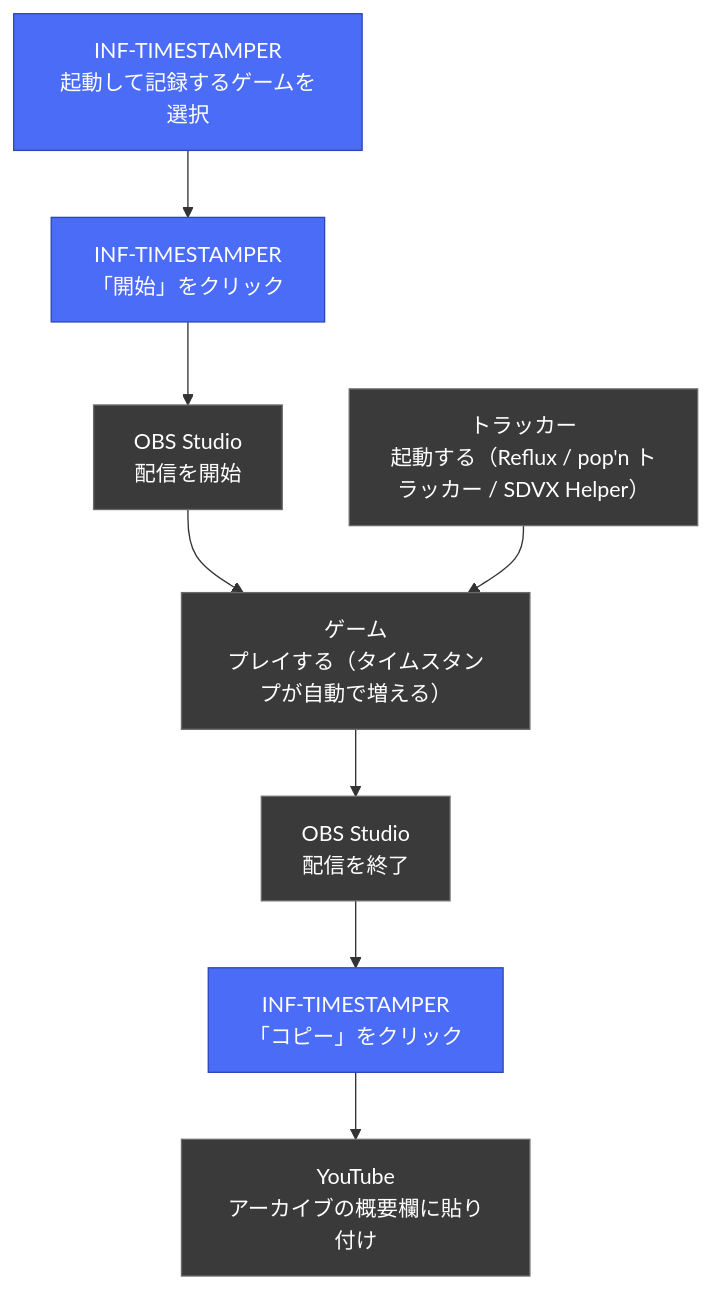
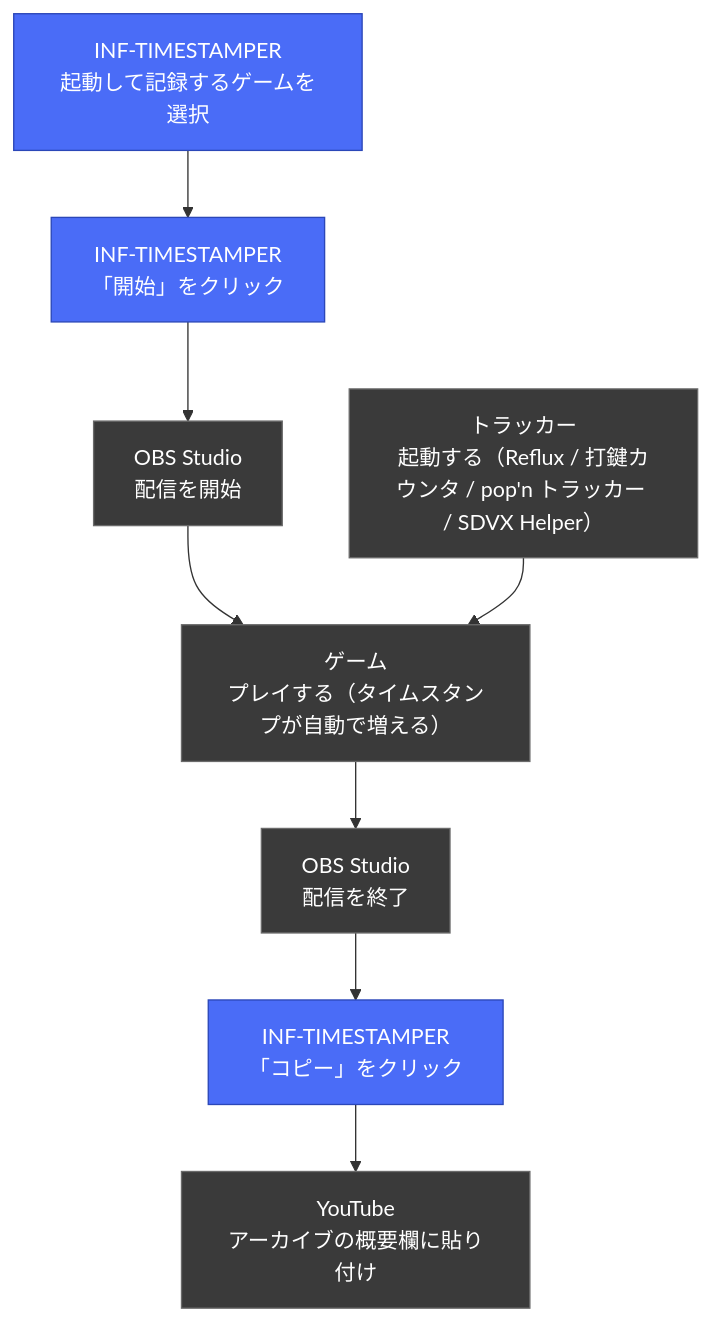
Before and after one commit to Freedom645/inf-timestamper: the diagram in README.md, drawn with Mermaid. The commit also changed other lines of this file and 30 other files, not shown here.

````diff
--- a/README.md
+++ b/README.md
@@ -93,24 +102,24 @@
 ```mermaid
 flowchart TD
-    TRK["トラッカー<br/>起動する（Reflux / pop'n トラッカー / SDVX Helper）"]
+    TRK["トラッカー<br/>起動する（Reflux / 打鍵カウンタ / pop'n トラッカー / SDVX Helper）"]
     APP1["INF-TIMESTAMPER<br/>起動して記録するゲームを選択"]
     APP2["INF-TIMESTAMPER<br/>「開始」をクリック"]
     OBS1["OBS Studio<br/>配信を開始"]
     GAME["ゲーム<br/>プレイする（タイムスタンプが自動で増える）"]
     OBS2["OBS Studio<br/>配信を終了"]
     APP3["INF-TIMESTAMPER<br/>「コピー」をクリック"]
     YT["YouTube<br/>アーカイブの概要欄に貼り付け"]
 
     APP1 --> APP2
     APP2 --> OBS1
     OBS1 --> GAME
     TRK --> GAME
     GAME --> OBS2
     OBS2 --> APP3
     APP3 --> YT
 
     classDef app fill:#4a6cf7,stroke:#2b47b8,color:#ffffff
     classDef ext fill:#3a3a3a,stroke:#6a6a6a,color:#ffffff
     class APP1,APP2,APP3 app
     class TRK,OBS1,OBS2,GAME,YT ext
 ```
````
